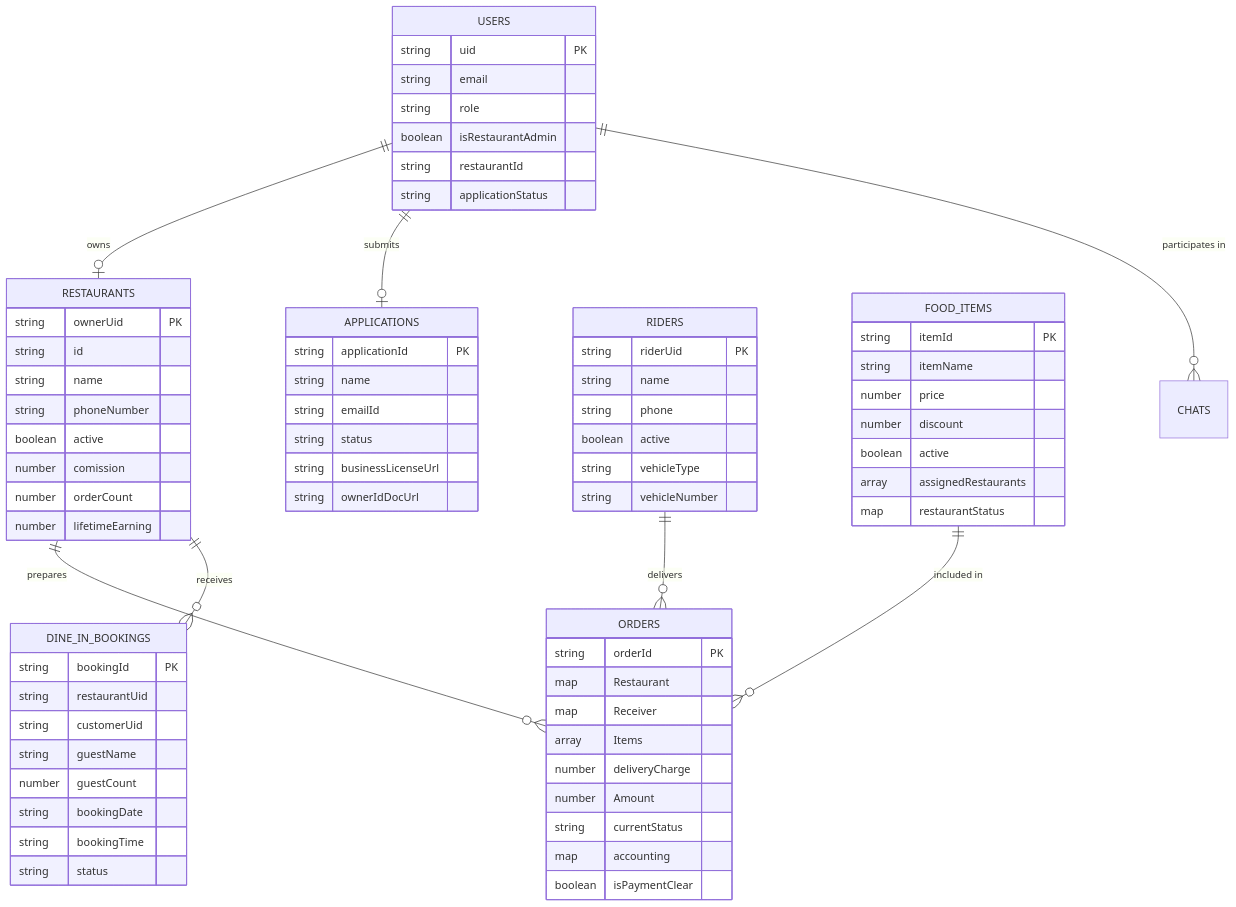
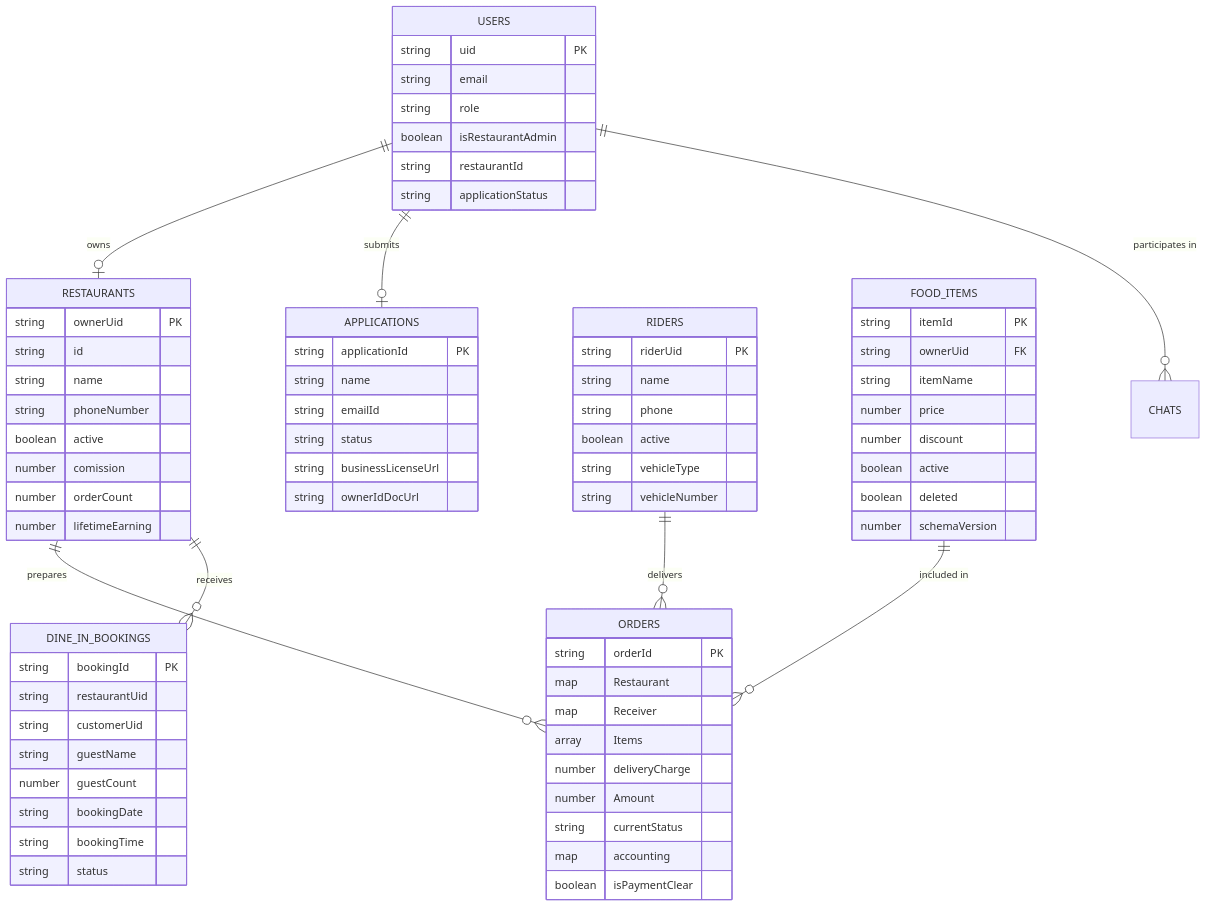
Before and after one commit to Thaiseva-Org/thaiseva-food-portal: the diagram in docs/DATABASE.md, drawn with Mermaid. The commit also changed other lines of this file and 21 other files, not shown here.

````diff
--- a/docs/DATABASE.md
+++ b/docs/DATABASE.md
@@ -17,81 +17,82 @@
 ```mermaid
 erDiagram
     USERS ||--o| RESTAURANTS : "owns"
     USERS ||--o| APPLICATIONS : "submits"
     RESTAURANTS ||--o{ ORDERS : "prepares"
     RESTAURANTS ||--o{ DINE_IN_BOOKINGS : "receives"
     RIDERS ||--o{ ORDERS : "delivers"
     FOOD_ITEMS ||--o{ ORDERS : "included in"
     USERS ||--o{ CHATS : "participates in"
 
     USERS {
         string uid PK
         string email
         string role
         boolean isRestaurantAdmin
         string restaurantId
         string applicationStatus
     }
 
     RESTAURANTS {
         string ownerUid PK
         string id
         string name
         string phoneNumber
         boolean active
         number comission
         number orderCount
         number lifetimeEarning
     }
 
     APPLICATIONS {
         string applicationId PK
         string name
         string emailId
         string status
         string businessLicenseUrl
         string ownerIdDocUrl
     }
 
     FOOD_ITEMS {
         string itemId PK
+        string ownerUid FK
         string itemName
         number price
         number discount
         boolean active
-        array assignedRestaurants
-        map restaurantStatus
+        boolean deleted
+        number schemaVersion
     }
 
     ORDERS {
         string orderId PK
         map Restaurant
         map Receiver
         array Items
         number deliveryCharge
         number Amount
         string currentStatus
         map accounting
         boolean isPaymentClear
     }
 
     RIDERS {
         string riderUid PK
         string name
         string phone
         boolean active
         string vehicleType
         string vehicleNumber
     }
 
     DINE_IN_BOOKINGS {
         string bookingId PK
         string restaurantUid
         string customerUid
         string guestName
         number guestCount
         string bookingDate
         string bookingTime
         string status
     }
 ```
````
